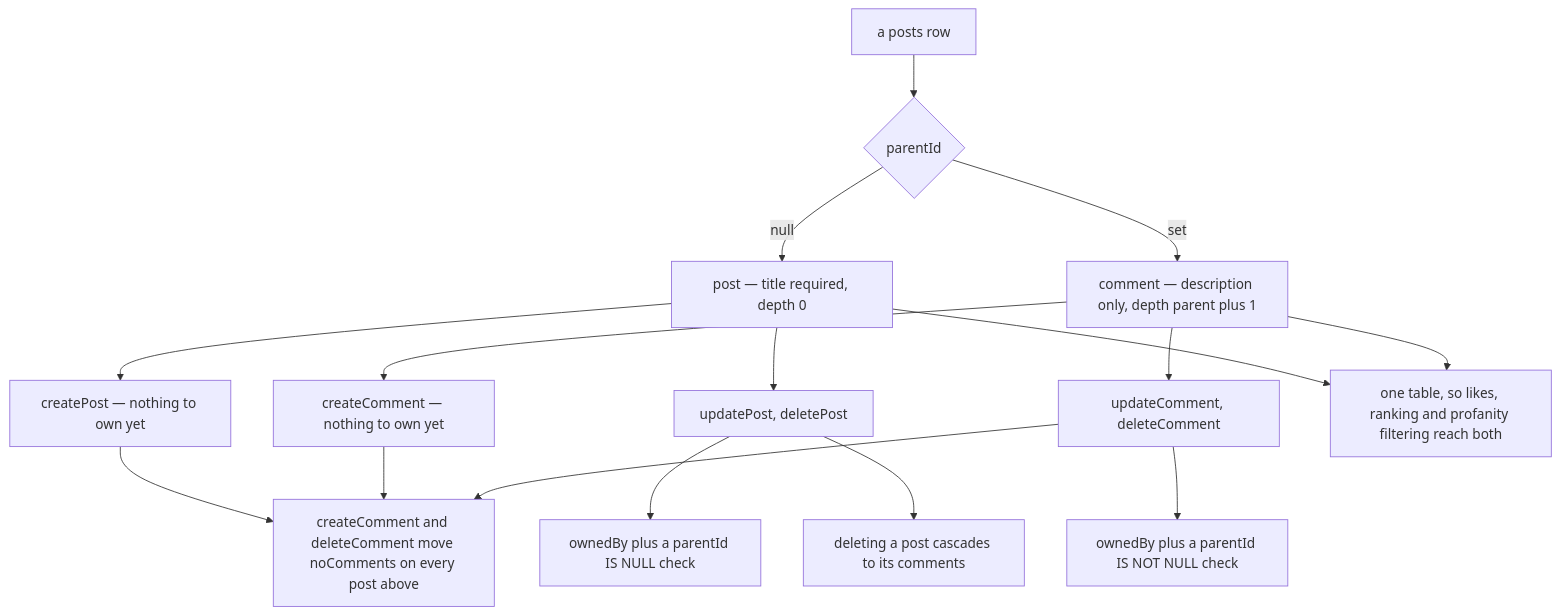
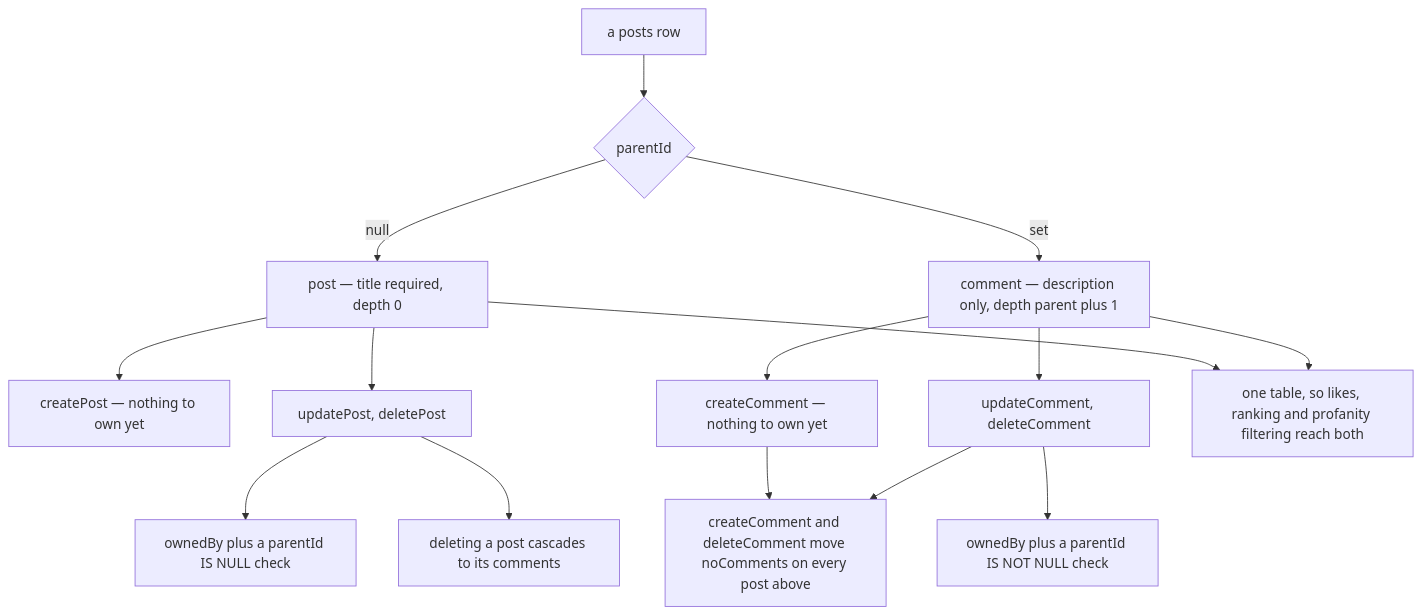
Before and after one commit to Esposter/Esposter: the first of 2 diagrams in packages/app/content/docs/posts/posts-and-comments.md, drawn with Mermaid. The commit also changed other lines of this file and 5 other files, not shown here.

````diff
--- a/packages/app/content/docs/posts/posts-and-comments.md
+++ b/packages/app/content/docs/posts/posts-and-comments.md
@@ -12,18 +12,17 @@
 ```mermaid
 flowchart TD
   ROW["a posts row"] --> PARENT{"parentId"}
   PARENT -->|"null"| POST["post — title required, depth 0"]
   PARENT -->|"set"| COMMENT["comment — description only, depth parent plus 1"]
   POST --> POSTCREATE["createPost — nothing to own yet"]
   POST --> POSTWRITE["updatePost, deletePost"]
   COMMENT --> COMMENTCREATE["createComment — nothing to own yet"]
   COMMENT --> COMMENTWRITE["updateComment, deleteComment"]
   POSTWRITE --> GUARD["ownedBy plus a parentId IS NULL check"]
   COMMENTWRITE --> GUARDC["ownedBy plus a parentId IS NOT NULL check"]
-  POSTCREATE --> COUNT
   COMMENTCREATE --> COUNT["createComment and deleteComment move noComments on every post above"]
   COMMENTWRITE --> COUNT
   POSTWRITE --> CASCADE["deleting a post cascades to its comments"]
   POST --> SHARED["one table, so likes, ranking and profanity filtering reach both"]
   COMMENT --> SHARED
 ```
````
